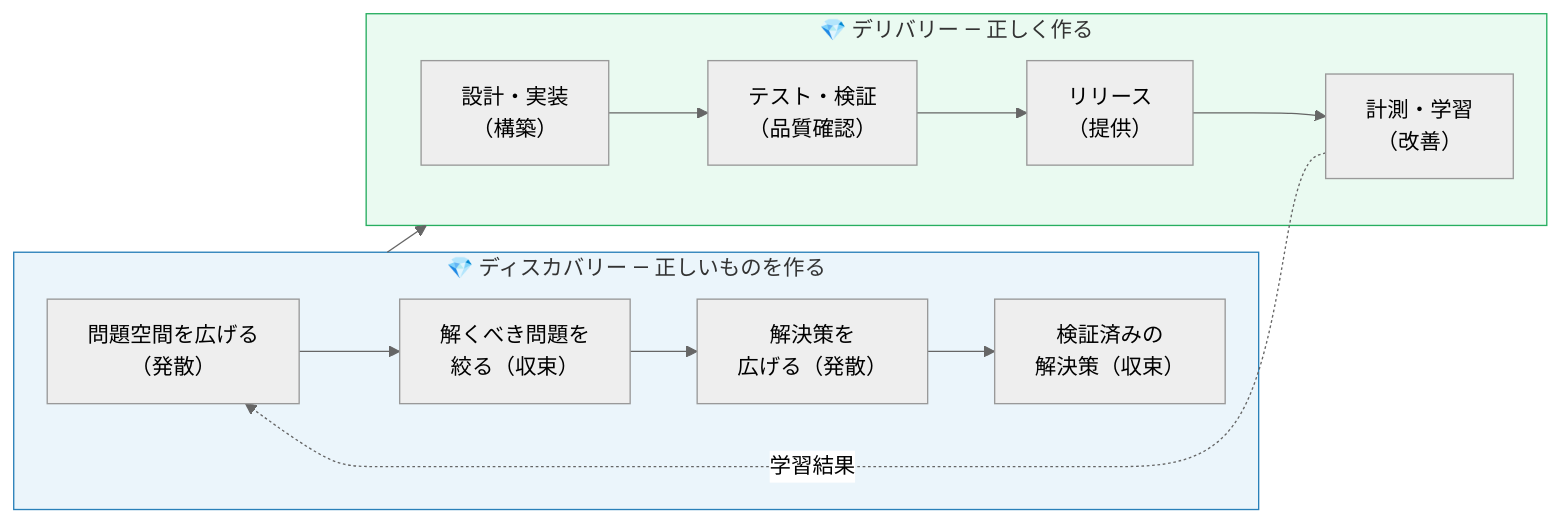
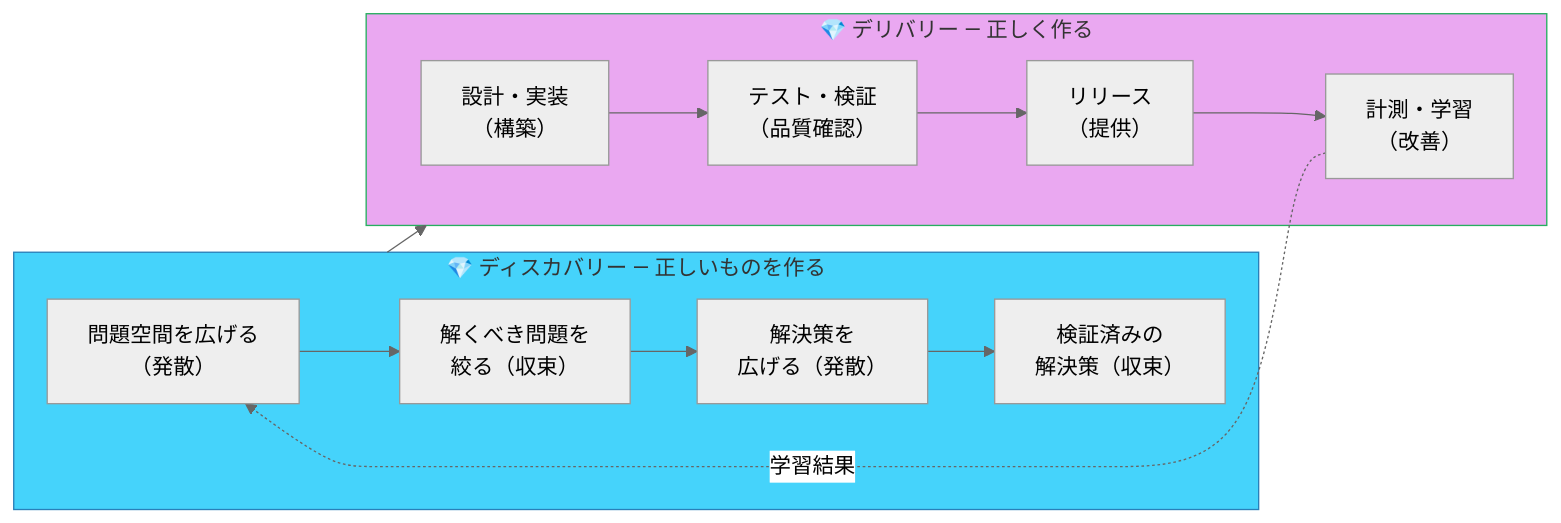
The third of 14 diagrams in product-lifecycle-map.md (shuji-bonji/Management-of-software-systems-and-services), drawn with Mermaid (neutral theme) before and after one commit. The commit also changed other lines of this file and 9 other files, not shown here.

Commit message:
fix: Mermaid図の改善

````diff
--- a/product-lifecycle-map.md
+++ b/product-lifecycle-map.md
@@ -71,18 +68,18 @@
 ```mermaid
 graph LR
     subgraph Diamond1["💎 ディスカバリー — 正しいものを作る"]
-        D1A["問題空間を広げる\n（発散）"] --> D1B["解くべき問題を\n絞る（収束）"]
-        D1B --> D1C["解決策を\n広げる（発散）"] --> D1D["検証済みの\n解決策（収束）"]
+        D1A["問題空間を広げる<br>（発散）"] --> D1B["解くべき問題を<br>絞る（収束）"]
+        D1B --> D1C["解決策を<br>広げる（発散）"] --> D1D["検証済みの<br>解決策（収束）"]
     end
 
     subgraph Diamond2["💎 デリバリー — 正しく作る"]
-        D2A["設計・実装\n（構築）"] --> D2B["テスト・検証\n（品質確認）"]
-        D2B --> D2C["リリース\n（提供）"] --> D2D["計測・学習\n（改善）"]
+        D2A["設計・実装<br>（構築）"] --> D2B["テスト・検証<br>（品質確認）"]
+        D2B --> D2C["リリース<br>（提供）"] --> D2D["計測・学習<br>（改善）"]
     end
 
     Diamond1 --> Diamond2
     D2D -.->|"学習結果"| D1A
 
-    style Diamond1 fill:#EBF5FB,stroke:#2980B9
-    style Diamond2 fill:#EAFAF1,stroke:#27AE60
+    style Diamond1 fill:#45D3FB,stroke:#2980B9,color:#333
+    style Diamond2 fill:#EAA8F1,stroke:#27AE60,color:#333
 ```
````
